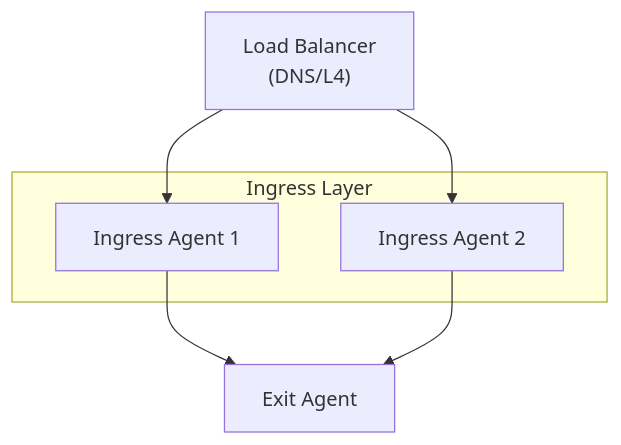
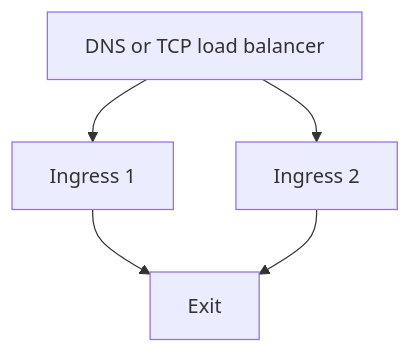
The third of 4 diagrams in docs/docs/deployment/high-availability.md (Muti-Metroo/Muti-Metroo), drawn with Mermaid before and after one commit. The commit also changed other lines of this file and 156 other files, not shown here.

````diff
--- a/docs/docs/deployment/high-availability.md
+++ b/docs/docs/deployment/high-availability.md
@@ -213,16 +124,7 @@
 ```mermaid
 flowchart TB
-    LB["Load Balancer<br/>(DNS/L4)"]
-
-    subgraph Ingress Layer
-        I1[Ingress Agent 1]
-        I2[Ingress Agent 2]
-    end
-
-    E[Exit Agent]
-
-    LB --> I1
-    LB --> I2
-    I1 --> E
+    LB["DNS or TCP load balancer"] --> I1[Ingress 1]
+    LB --> I2[Ingress 2]
+    I1 --> E[Exit]
     I2 --> E
 ```
````
